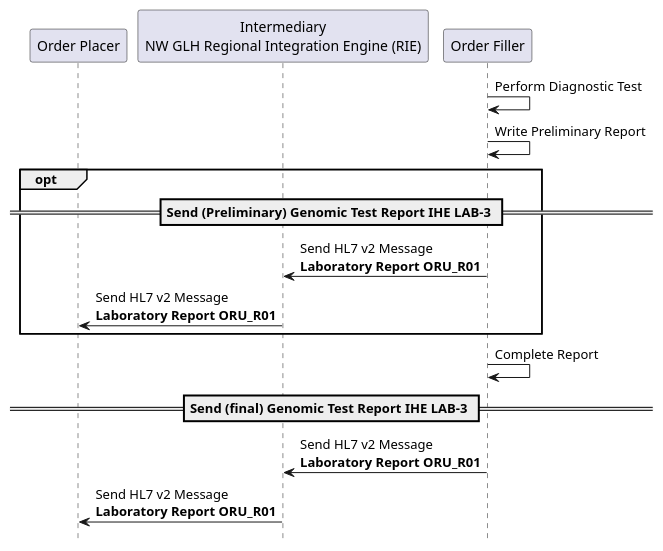
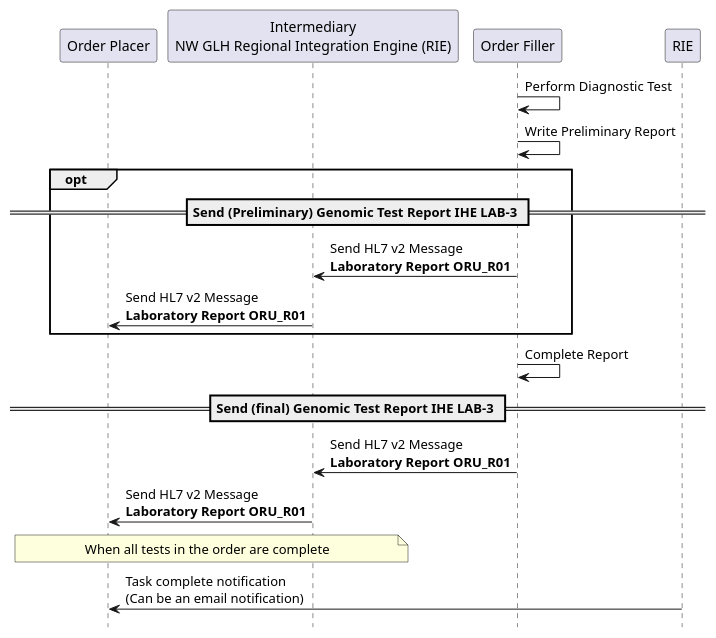
The diagram in input/images-source/LTW-usecase-2-sequence.plantuml (nw-gmsa/nw-gmsa.github.com), drawn with PlantUML before and after one commit. The commit also changed 3 other files, not shown here.

```diff
--- a/input/images-source/LTW-usecase-2-sequence.plantuml
+++ b/input/images-source/LTW-usecase-2-sequence.plantuml
@@ -1,23 +1,28 @@
 @startuml
 
 hide footbox
 
 participant "Order Placer" as EPR
 participant "Intermediary\nNW GLH Regional Integration Engine (RIE)" as TIE
 participant "Order Filler" as LIMS
 
 LIMS -> LIMS: Perform Diagnostic Test
 LIMS -> LIMS: Write Preliminary Report
 
 opt
 == Send (Preliminary) Genomic Test Report IHE LAB-3 ==
 LIMS -> TIE: Send HL7 v2 Message\n**Laboratory Report ORU_R01**
 TIE -> EPR: Send HL7 v2 Message\n**Laboratory Report ORU_R01**
 end
 LIMS -> LIMS: Complete Report
 
 == Send (final) Genomic Test Report IHE LAB-3 ==
 LIMS -> TIE: Send HL7 v2 Message\n**Laboratory Report ORU_R01**
 TIE -> EPR: Send HL7 v2 Message\n**Laboratory Report ORU_R01**
 
+note over EPR, TIE
+When all tests in the order are complete
+end note
+RIE -> EPR: Task complete notification\n(Can be an email notification)
+
 @enduml
```
